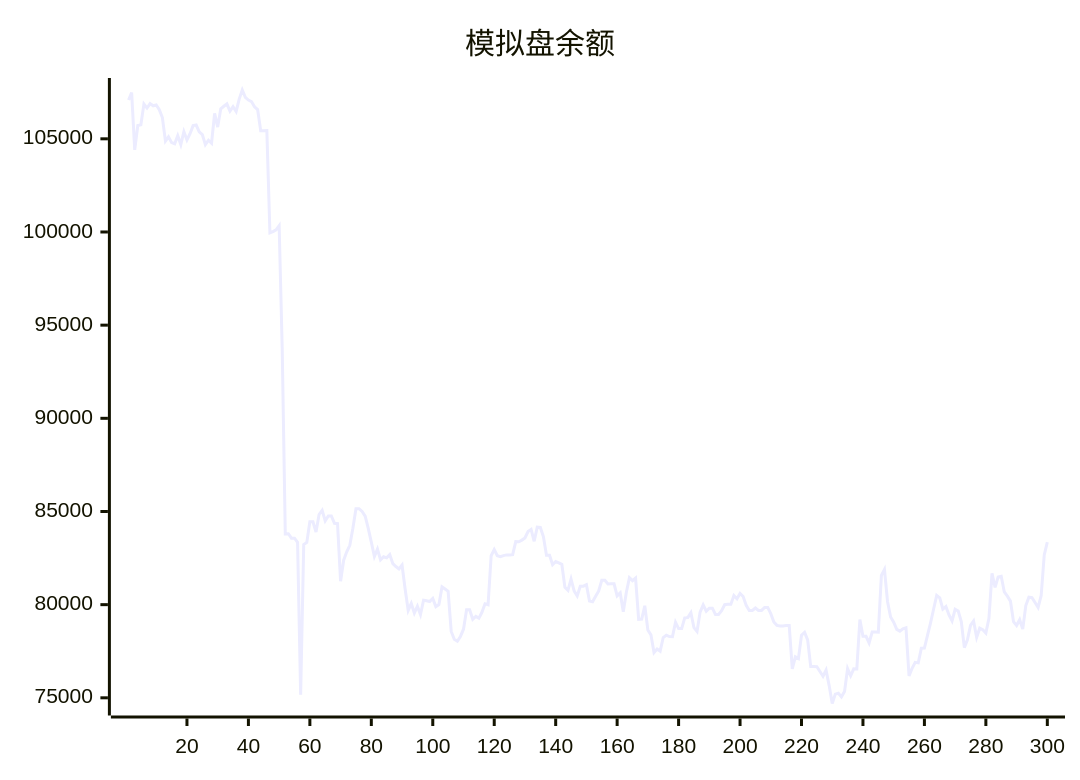
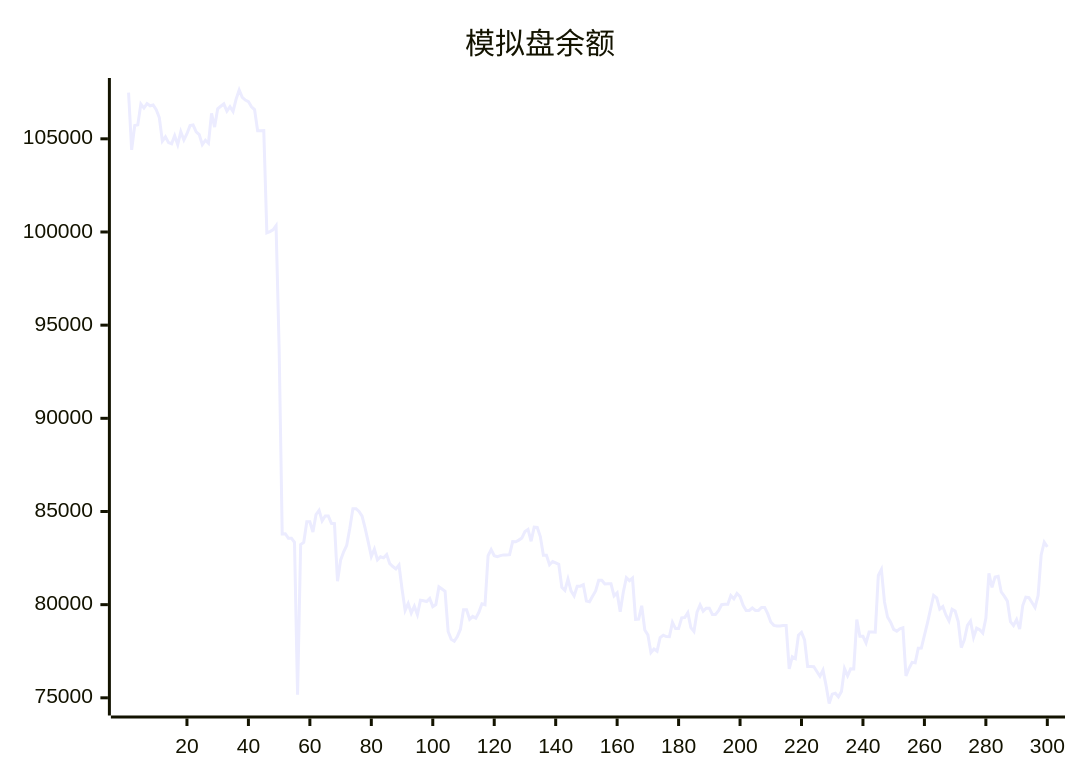
Before and after one commit to aahl/ai-trading: the diagram in README.md, drawn with Mermaid. The commit also changed other lines of this file and 1 other file, not shown here.

````diff
--- a/README.md
+++ b/README.md
@@ -5,5 +5,5 @@
 ```mermaid
 xychart
     title "模拟盘余额"
-    line [107081,107478,104404,105715,105749,106866,106651,106889,106771,106816,106565,106141,104876,105103,104796,104734,105169,104690,105380,104941,105272,105709,105739,105374,105227,104691,104924,104762,106364,105628,106608,106748,106872,106485,106721,106468,107132,107620,107224,107080,107001,106717,106567,105431,105431,105440,99950,100017,100113,100337,93749,83795,83807,83567,83567,83342,75168,83222,83336,84448,84449,83896,84839,85065,84499,84757,84757,84364,84347,81254,82385,82835,83184,84099,85150,85150,85002,84751,84096,83356,82582,82983,82404,82572,82512,82688,82200,82047,81920,82125,80840,79688,80060,79552,79920,79470,80236,80208,80170,80336,79894,80006,80954,80837,80712,78561,78139,78037,78293,78682,79720,79720,79214,79372,79279,79591,80046,79993,82625,82950,82626,82571,82633,82670,82670,82681,83386,83378,83464,83579,83920,84037,83402,84160,84142,83652,82655,82655,82145,82315,82243,82163,80934,80770,81371,80742,80468,80989,80989,81067,80191,80155,80450,80737,81309,81309,81106,81119,81119,80471,80631,79624,80670,81448,81290,81429,79212,79222,79940,78643,78380,77432,77623,77504,78235,78358,78284,78277,79048,78714,78714,79290,79308,79567,78763,78563,79603,79988,79652,79813,79813,79476,79469,79673,79995,80015,80015,80486,80314,80600,80436,79966,79689,79689,79819,79692,79692,79850,79850,79518,79071,78889,78850,78850,78878,78878,76554,77202,77103,78357,78510,78106,76678,76677,76672,76411,76159,76485,75656,74695,75197,75246,75052,75334,76564,76179,76553,76551,79196,78300,78300,77944,78531,78531,78521,81564,81884,80160,79335,79055,78675,78580,78708,78764,76179,76586,76902,76876,77658,77669,78346,79023,79769,80497,80366,79761,79896,79448,79126,79749,79658,79097,77695,78114,78888,79126,78249,78738,78653,78478,79271,81680,80923,81488,81527,80681,80455,80190,79084,78879,79193,78686,79954,80403,80374,80118,79848,80491,82665,83351]
+    line [107478,104404,105715,105749,106866,106651,106889,106771,106816,106565,106141,104876,105103,104796,104734,105169,104690,105380,104941,105272,105709,105739,105374,105227,104691,104924,104762,106364,105628,106608,106748,106872,106485,106721,106468,107132,107620,107224,107080,107001,106717,106567,105431,105431,105440,99950,100017,100113,100337,93749,83795,83807,83567,83567,83342,75168,83222,83336,84448,84449,83896,84839,85065,84499,84757,84757,84364,84347,81254,82385,82835,83184,84099,85150,85150,85002,84751,84096,83356,82582,82983,82404,82572,82512,82688,82200,82047,81920,82125,80840,79688,80060,79552,79920,79470,80236,80208,80170,80336,79894,80006,80954,80837,80712,78561,78139,78037,78293,78682,79720,79720,79214,79372,79279,79591,80046,79993,82625,82950,82626,82571,82633,82670,82670,82681,83386,83378,83464,83579,83920,84037,83402,84160,84142,83652,82655,82655,82145,82315,82243,82163,80934,80770,81371,80742,80468,80989,80989,81067,80191,80155,80450,80737,81309,81309,81106,81119,81119,80471,80631,79624,80670,81448,81290,81429,79212,79222,79940,78643,78380,77432,77623,77504,78235,78358,78284,78277,79048,78714,78714,79290,79308,79567,78763,78563,79603,79988,79652,79813,79813,79476,79469,79673,79995,80015,80015,80486,80314,80600,80436,79966,79689,79689,79819,79692,79692,79850,79850,79518,79071,78889,78850,78850,78878,78878,76554,77202,77103,78357,78510,78106,76678,76677,76672,76411,76159,76485,75656,74695,75197,75246,75052,75334,76564,76179,76553,76551,79196,78300,78300,77944,78531,78531,78521,81564,81884,80160,79335,79055,78675,78580,78708,78764,76179,76586,76902,76876,77658,77669,78346,79023,79769,80497,80366,79761,79896,79448,79126,79749,79658,79097,77695,78114,78888,79126,78249,78738,78653,78478,79271,81680,80923,81488,81527,80681,80455,80190,79084,78879,79193,78686,79954,80403,80374,80118,79848,80491,82665,83351,83098]
 ```
````
